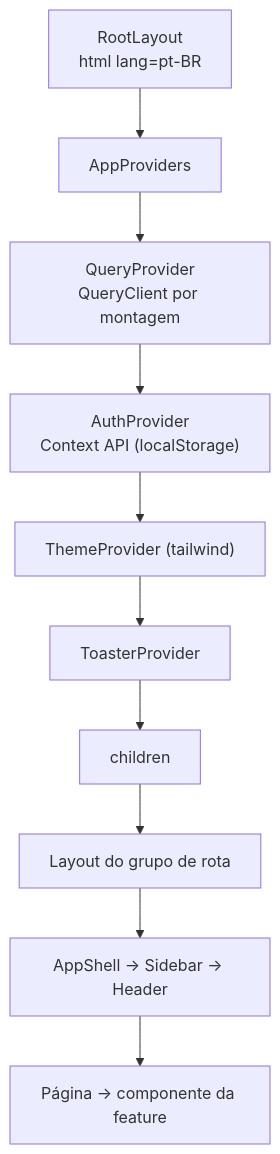
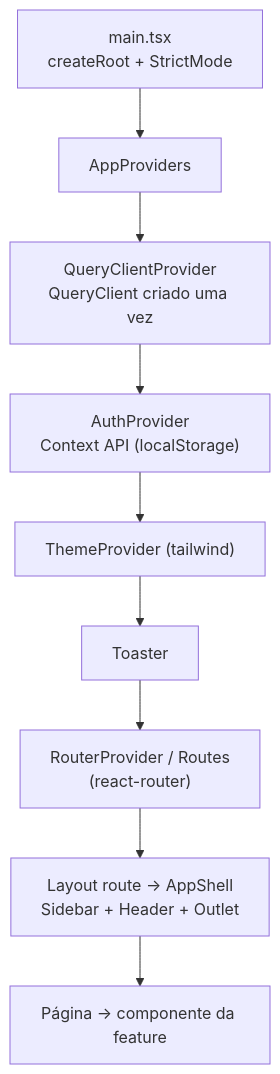
Diagram 16 of 22 in README.md (jhowzin-dev/ERP), drawn with Mermaid before and after one commit. The commit also changed other lines of this file and 1 other file, not shown here.

````diff
--- a/README.md
+++ b/README.md
@@ -796,12 +898,11 @@
 ```mermaid
 flowchart TB
-    A["RootLayout<br/>html lang=pt-BR"] --> B["AppProviders"]
-    B --> C["QueryProvider<br/>QueryClient por montagem"]
+    A["main.tsx<br/>createRoot + StrictMode"] --> B["AppProviders"]
+    B --> C["QueryClientProvider<br/>QueryClient criado uma vez"]
     C --> D["AuthProvider<br/>Context API (localStorage)"]
     D --> E["ThemeProvider (tailwind)"]
-    E --> F["ToasterProvider"]
-    F --> G["children"]
-    G --> H["Layout do grupo de rota"]
-    H --> I["AppShell → Sidebar → Header"]
-    I --> J["Página → componente da feature"]
+    E --> F["Toaster"]
+    F --> G["RouterProvider / Routes<br/>(react-router)"]
+    G --> H["Layout route → AppShell<br/>Sidebar + Header + Outlet"]
+    H --> J["Página → componente da feature"]
 ```
````
